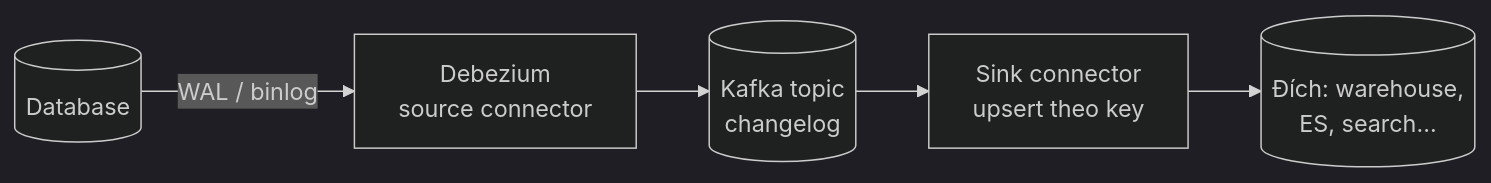
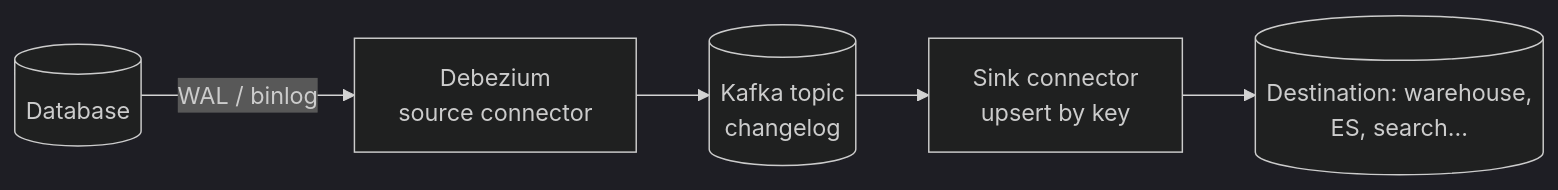
Before and after one commit to vuhoang001/knowledge: the third of 4 diagrams in i18n/en/docusaurus-plugin-content-docs/current/etl/kafka/skills/kafka-connect-cdc.md, drawn with Mermaid (dark theme). The commit also changed other lines of this file and 21 other files, not shown here.

````diff
--- a/i18n/en/docusaurus-plugin-content-docs/current/etl/kafka/skills/kafka-connect-cdc.md
+++ b/i18n/en/docusaurus-plugin-content-docs/current/etl/kafka/skills/kafka-connect-cdc.md
@@ -99,7 +98,7 @@
 ```mermaid
 flowchart LR
   DB[(Database)] -->|WAL / binlog| DZ[Debezium<br/>source connector]
   DZ --> K[(Kafka topic<br/>changelog)]
-  K --> SK[Sink connector<br/>upsert theo key]
-  SK --> T[(Đích: warehouse,<br/>ES, search...)]
+  K --> SK[Sink connector<br/>upsert by key]
+  SK --> T[(Destination: warehouse,<br/>ES, search...)]
 ```
````
